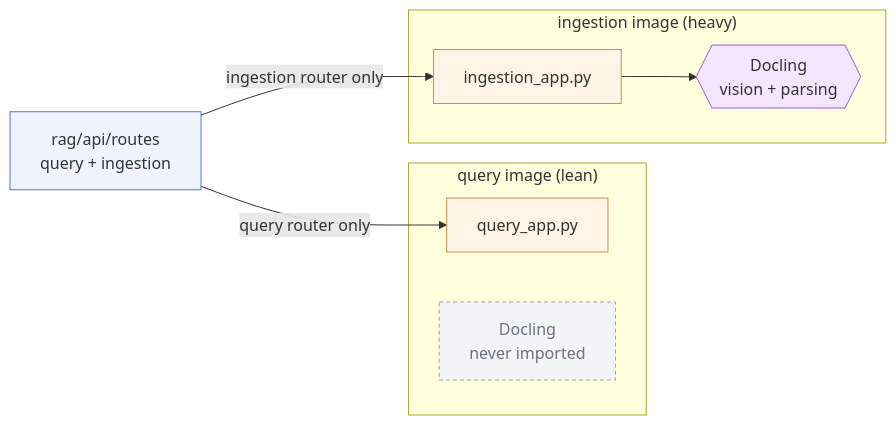
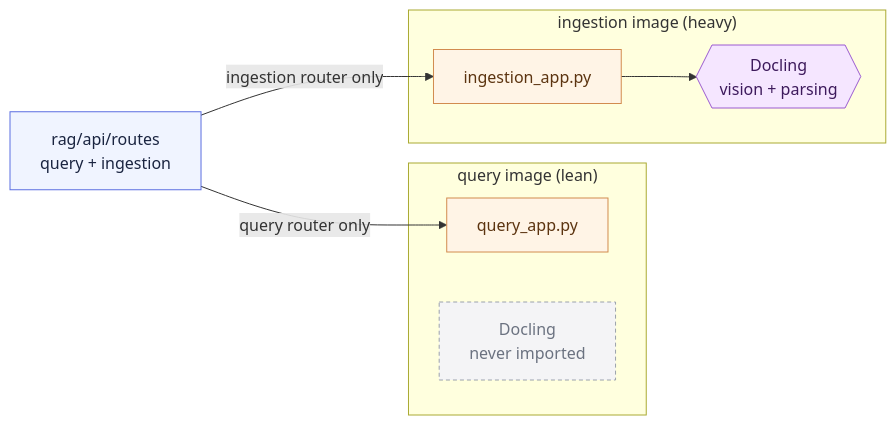
One commit to LinkedInLearning/docker-for-local-ai-app-development-build-lightweight-containerized-ai-applications-11189001 changed the diagram in chapter_4/l2/README.md. Above: the diagram before and after it, drawn with Mermaid. The commit also changed 25 other files, not shown here.

````diff
--- a/chapter_4/l2/README.md
+++ b/chapter_4/l2/README.md
@@ -69,23 +69,23 @@
 ```mermaid
 flowchart LR
     routes["rag/api/routes<br/>query + ingestion"]:::data
 
     subgraph lean["query image (lean)"]
         qapp["query_app.py"]:::action
         qdocling["Docling<br/>never imported"]:::absent
     end
 
     subgraph heavy["ingestion image (heavy)"]
         iapp["ingestion_app.py"]:::action
         idocling{{"Docling<br/>vision + parsing"}}:::model
     end
 
     routes -->|query router only| qapp
     routes -->|ingestion router only| iapp
     iapp --> idocling
 
-    classDef data fill:#f0f4ff,stroke:#5b6ee1,stroke-width:1px;
-    classDef action fill:#fff4e6,stroke:#d28b4f,stroke-width:1px;
-    classDef model fill:#f5e6ff,stroke:#9b5bd1,stroke-width:1px;
+    classDef data fill:#f0f4ff,stroke:#5b6ee1,stroke-width:1px,color:#1a2440;
+    classDef action fill:#fff4e6,stroke:#d28b4f,stroke-width:1px,color:#5c3410;
+    classDef model fill:#f5e6ff,stroke:#9b5bd1,stroke-width:1px,color:#3d1a5c;
     classDef absent fill:#f4f4f6,stroke:#9aa1ac,stroke-width:1px,stroke-dasharray:4 3,color:#6b7280;
 ```
````
